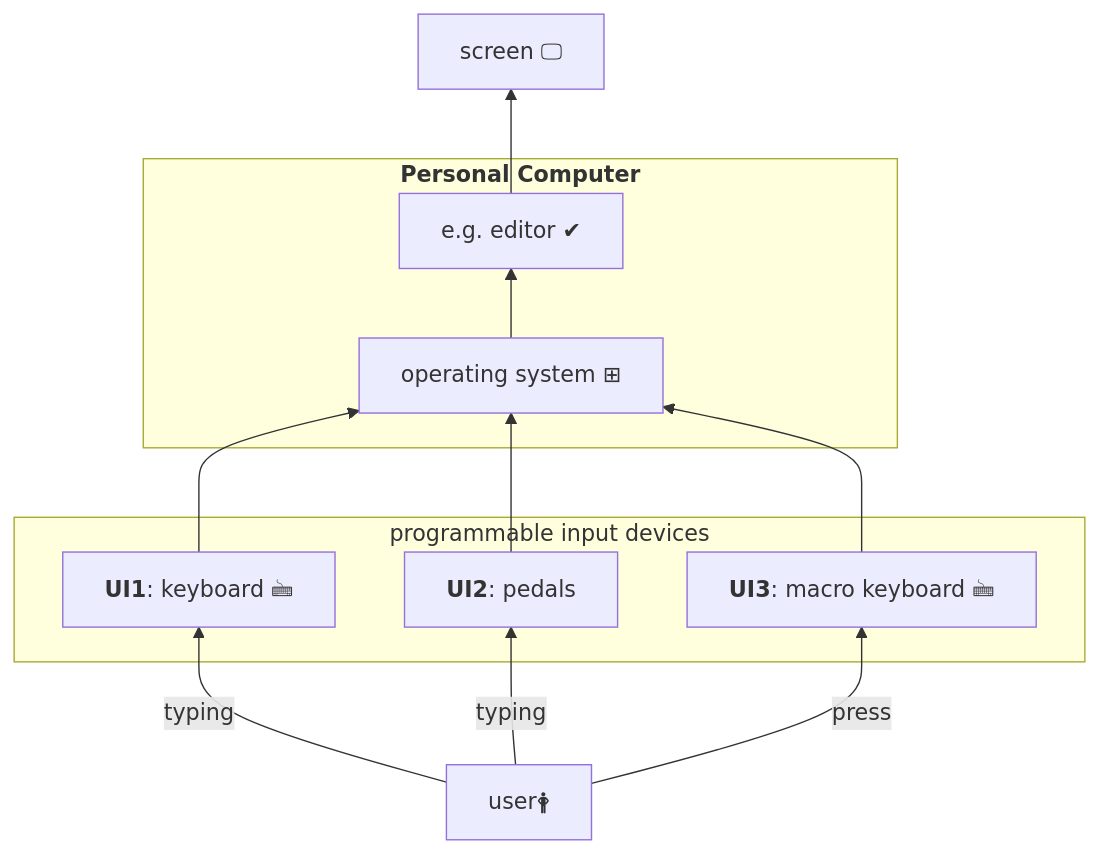
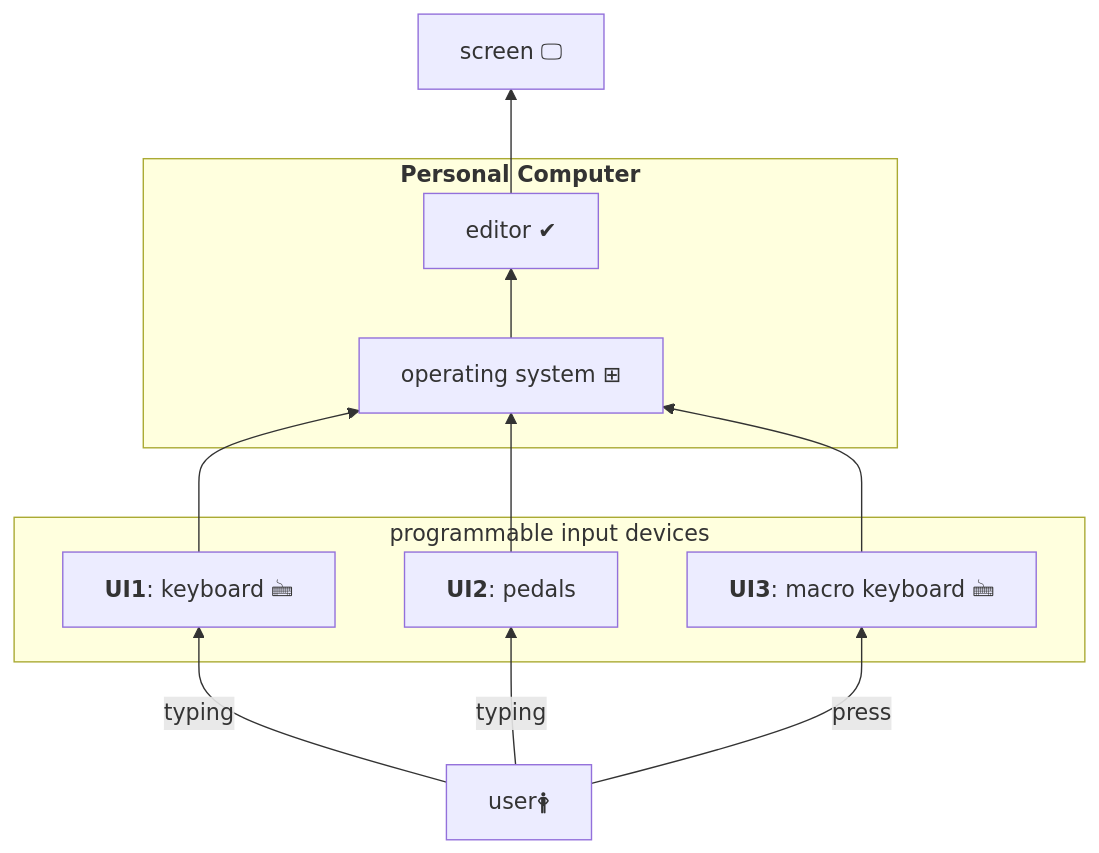
One commit to mslonik/mslonik changed the third of 4 diagrams in BlockDiagrams_AHK.md. Above: the diagram before and after it, drawn with Mermaid. The commit also changed other lines of this file, not shown here.

````diff
--- a/BlockDiagrams_AHK.md
+++ b/BlockDiagrams_AHK.md
@@ -93,32 +93,32 @@
 ```mermaid
 %% hybrid approach 1
 flowchart BT
 	user["user🛉"]
 	keyboard["`**UI1**: keyboard 🖮`"]
 	pedals["`**UI2**: pedals`"]
     MacroKeyboard["`**UI3**: macro keyboard 🖮`"] 
 	screen["screen 🖵"] 
 	OperatingSystem["operating system ⊞"]
-	editor[e.g. editor ✔]
+	editor["editor ✔"]
 
     user	-->	 |typing| keyboard
     user	-->	 |typing| pedals
     user    -->  |press| MacroKeyboard
     
     subgraph programmable input devices
         keyboard
         pedals
         MacroKeyboard
     end
 
     subgraph "`**Personal Computer**`"
         
         OperatingSystem		--> 	editor
     end
 
         keyboard			--> 	OperatingSystem
         pedals 				--> 	OperatingSystem
         MacroKeyboard       -->     OperatingSystem
 
     editor	--> screen
 ```
````
